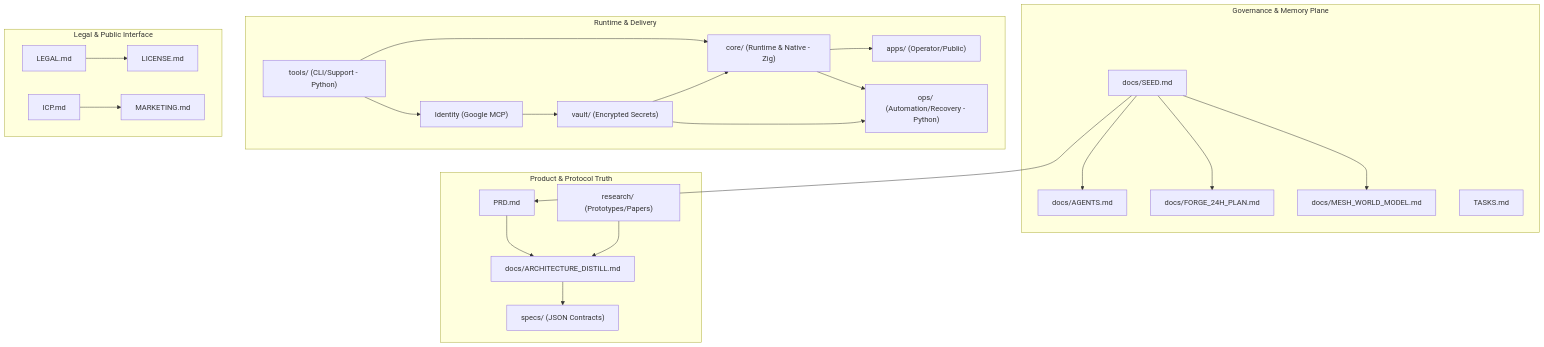
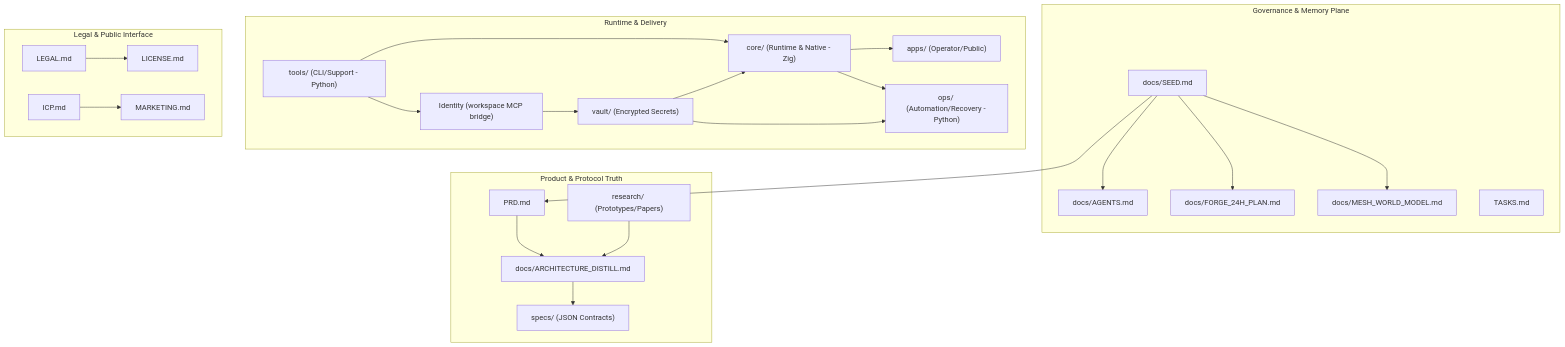
Before and after one commit to yanimeziani/aura: the diagram in ARCHITECTURE.md, drawn with Mermaid. The commit also changed 40 other files, not shown here.

````diff
--- a/ARCHITECTURE.md
+++ b/ARCHITECTURE.md
@@ -7,50 +7,50 @@
 ```mermaid
 graph TD
     subgraph Governance ["Governance & Memory Plane"]
         SEED["docs/SEED.md"]
         AGENTS["docs/AGENTS.md"]
         FORGE["docs/FORGE_24H_PLAN.md"]
         WORLD["docs/MESH_WORLD_MODEL.md"]
         TASKS["TASKS.md"]
     end
 
     subgraph Product ["Product & Protocol Truth"]
         PRD["PRD.md"]
         DISTILL["docs/ARCHITECTURE_DISTILL.md"]
         SPECS["specs/ (JSON Contracts)"]
         RESEARCH["research/ (Prototypes/Papers)"]
     end
 
     subgraph Runtime ["Runtime & Delivery"]
         APPS["apps/ (Operator/Public)"]
         CORE["core/ (Runtime & Native - Zig)"]
         OPS["ops/ (Automation/Recovery - Python)"]
         TOOLS["tools/ (CLI/Support - Python)"]
         VAULT["vault/ (Encrypted Secrets)"]
-        IDENTITY["Identity (Google MCP)"]
+        IDENTITY["Identity (workspace MCP bridge)"]
     end
 
     subgraph Legal ["Legal & Public Interface"]
         LICENSE["LICENSE.md"]
         LEGAL["LEGAL.md"]
         MARKETING["MARKETING.md"]
         ICP["ICP.md"]
     end
 
     SEED --> AGENTS
     SEED --> FORGE
     SEED --> WORLD
     SEED --> PRD
     PRD --> DISTILL
     DISTILL --> SPECS
     RESEARCH --> DISTILL
     CORE --> APPS
     CORE --> OPS
     TOOLS --> CORE
     TOOLS --> IDENTITY
     IDENTITY --> VAULT
     VAULT --> CORE
     VAULT --> OPS
     LEGAL --> LICENSE
     ICP --> MARKETING
 ```
````
